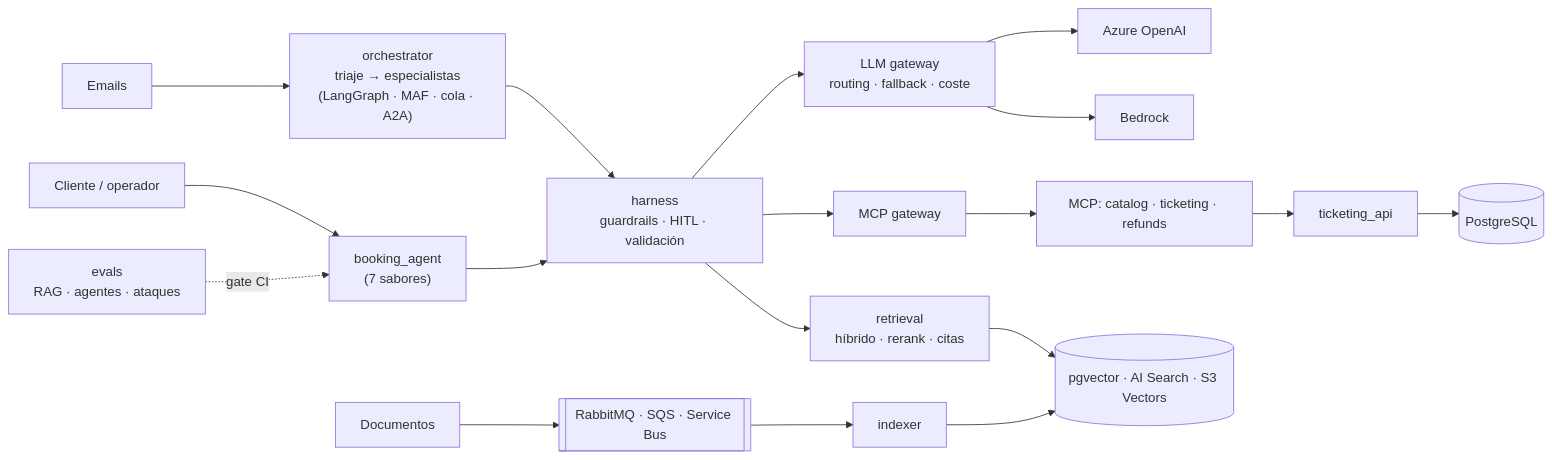
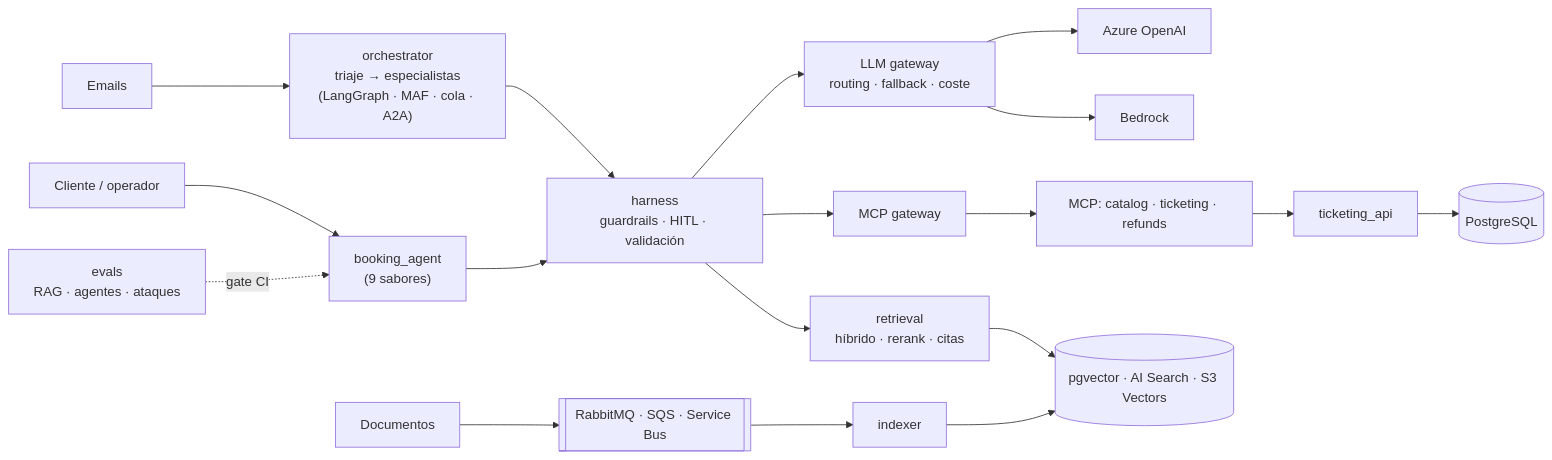
Before and after one commit to SergioVelmay/GenAI_PoCs: the diagram in README.md, drawn with Mermaid. The commit also changed other lines of this file and 7 other files, not shown here.

````diff
--- a/README.md
+++ b/README.md
@@ -14,15 +14,15 @@
 ```mermaid
 flowchart LR
-  U[Cliente / operador] --> AG["booking_agent<br/>(7 sabores)"]
+  U[Cliente / operador] --> AG["booking_agent<br/>(9 sabores)"]
   EM[Emails] --> OR["orchestrator<br/>triaje → especialistas<br/>(LangGraph · MAF · cola · A2A)"]
   OR --> H
   AG --> H["harness<br/>guardrails · HITL · validación"]
   H --> GW["LLM gateway<br/>routing · fallback · coste"]
   GW --> AZ[Azure OpenAI]
   GW --> BR[Bedrock]
   H --> MCPG["MCP gateway"] --> MCP["MCP: catalog · ticketing · refunds"]
   MCP --> API["ticketing_api"] --> PG[(PostgreSQL)]
   H --> RET["retrieval<br/>híbrido · rerank · citas"] --> VS[(pgvector · AI Search · S3 Vectors)]
   SRC[Documentos] --> Q[[RabbitMQ · SQS · Service Bus]] --> IDX[indexer] --> VS
   EV["evals<br/>RAG · agentes · ataques"] -.gate CI.-> AG
 ```
````
